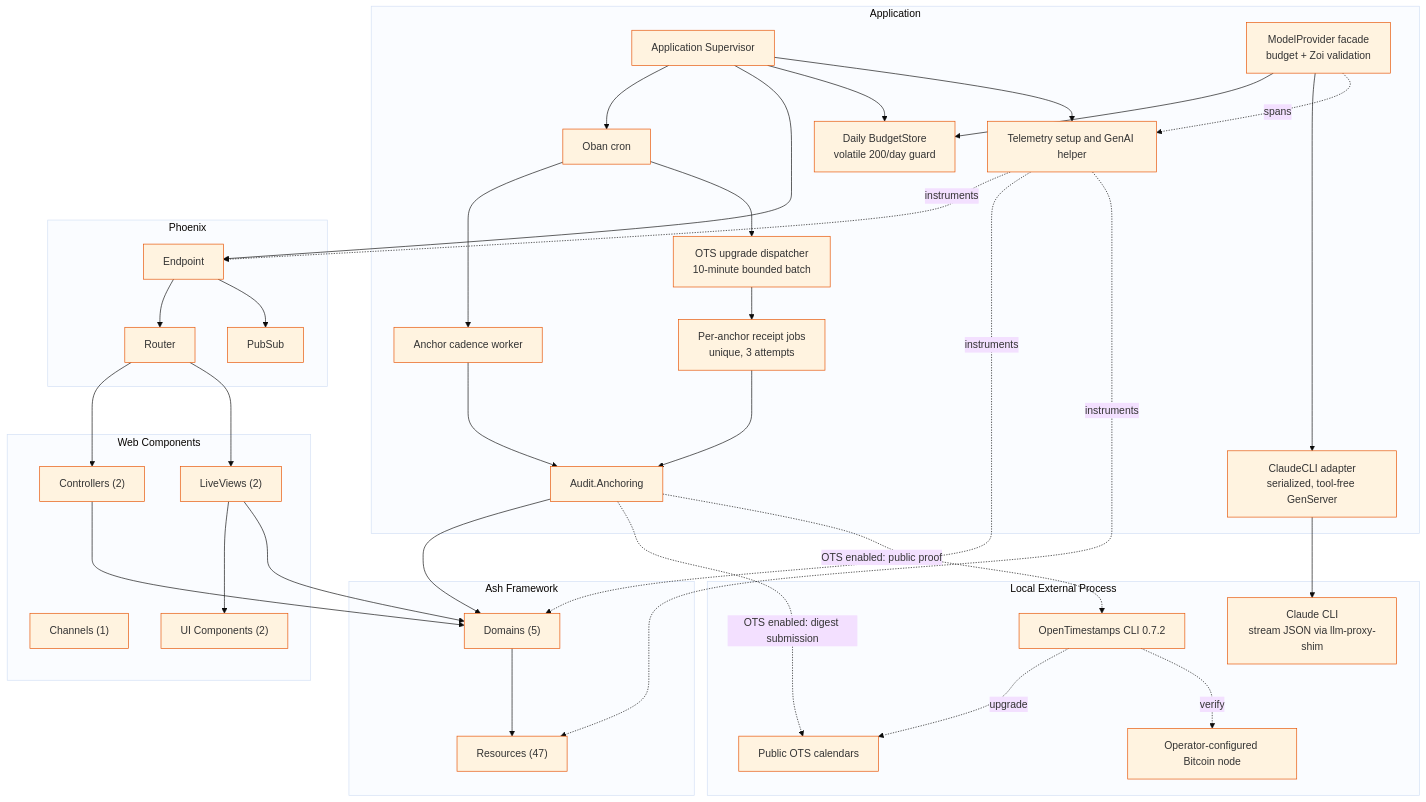
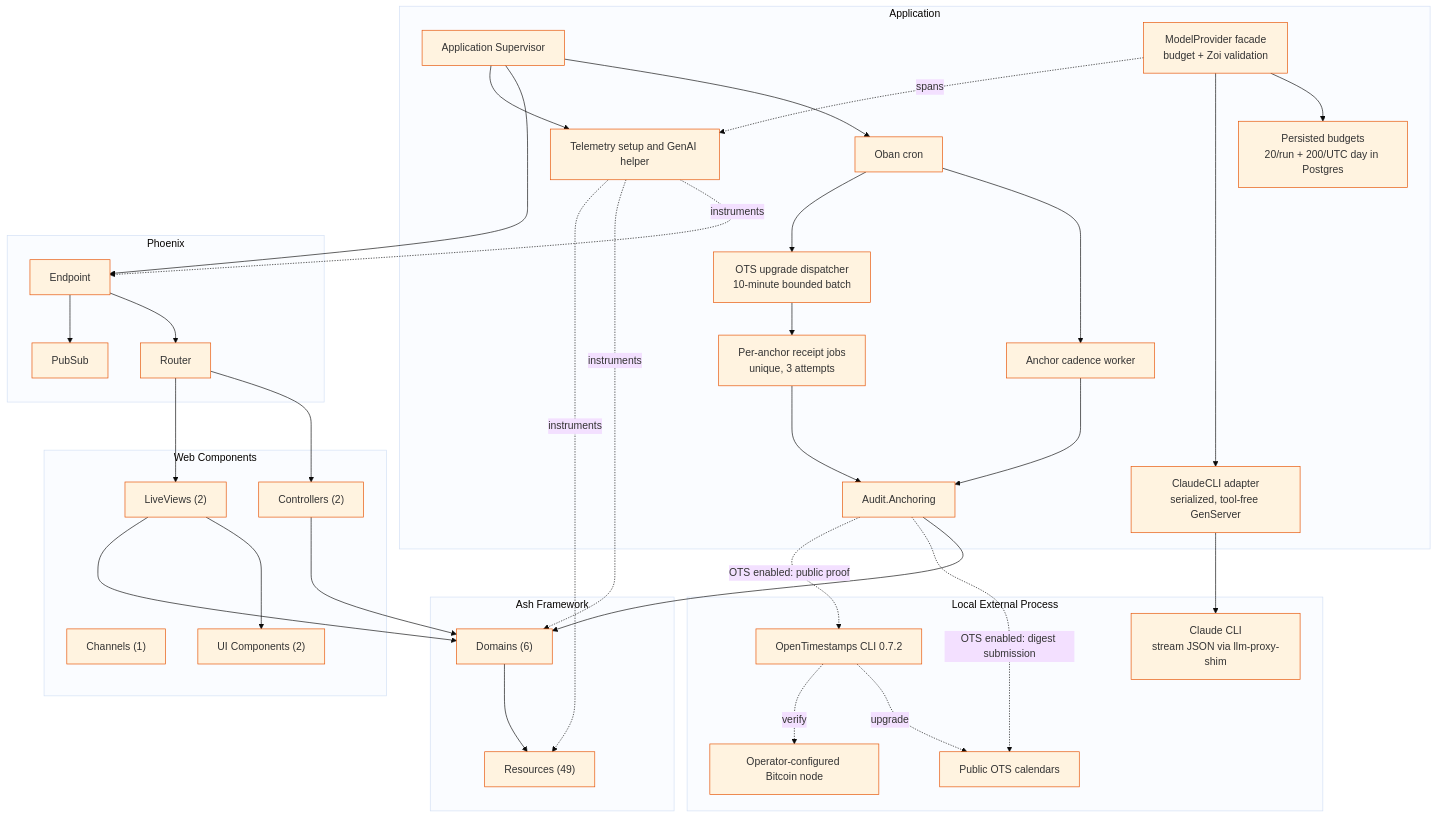
One commit to chops/sdr_agent changed the diagram in docs/architecture/components.mmd. Above: the diagram before and after it, drawn with Mermaid. The commit also changed 5 other files, not shown here.

Commit message:
S7a: architecture diagrams — Operations domain, persisted budgets

```diff
--- a/docs/architecture/components.mmd
+++ b/docs/architecture/components.mmd
@@ -1,69 +1,68 @@
 %%{init: {'theme': 'base', 'themeVariables': { 'primaryColor': '#fff3e0', 'primaryBorderColor': '#e65100'}}}%%
 graph TB
     subgraph Application["Application"]
         App[Application Supervisor]
-        Budget[Daily BudgetStore<br/>volatile 200/day guard]
+        Budget[Persisted budgets<br/>20/run + 200/UTC day in Postgres]
         ModelProvider[ModelProvider facade<br/>budget + Zoi validation]
         ClaudeCLIAdapter[ClaudeCLI adapter<br/>serialized, tool-free GenServer]
         Telemetry[Telemetry setup and GenAI helper]
         Oban[Oban cron]
         Cadence[Anchor cadence worker]
         UpgradeDispatch[OTS upgrade dispatcher<br/>10-minute bounded batch]
         UpgradeJobs[Per-anchor receipt jobs<br/>unique, 3 attempts]
         Anchoring[Audit.Anchoring]
     end
 
     subgraph Phoenix["Phoenix"]
         Endpoint[Endpoint]
         Router[Router]
         PubSub[PubSub]
     end
 
     subgraph Web["Web Components"]
         Controllers["Controllers (2)"]
         LiveViews["LiveViews (2)"]
         Channels["Channels (1)"]
         UIComponents["UI Components (2)"]
     end
 
     subgraph Ash["Ash Framework"]
-        Domains["Domains (5)"]
-        Resources["Resources (47)"]
+        Domains["Domains (6)"]
+        Resources["Resources (49)"]
     end
 
     subgraph External["Local External Process"]
         Claude[Claude CLI<br/>stream JSON via llm-proxy-shim]
         OTSCLI[OpenTimestamps CLI 0.7.2]
         OTSCalendars[Public OTS calendars]
         Bitcoin[Operator-configured Bitcoin node]
     end
 
     App --> Oban
     Oban --> Cadence
     Oban --> UpgradeDispatch
     UpgradeDispatch --> UpgradeJobs
     Cadence --> Anchoring
     UpgradeJobs --> Anchoring
     Anchoring --> Domains
     Anchoring -. OTS enabled: digest submission .-> OTSCalendars
     Anchoring -. OTS enabled: public proof .-> OTSCLI
     OTSCLI -. upgrade .-> OTSCalendars
     OTSCLI -. verify .-> Bitcoin
     App --> Endpoint
-    App --> Budget
     App --> Telemetry
     ModelProvider --> Budget
     ModelProvider --> ClaudeCLIAdapter
     ModelProvider -. spans .-> Telemetry
     ClaudeCLIAdapter --> Claude
     Endpoint --> Router
     Endpoint --> PubSub
     Router --> Controllers
     Router --> LiveViews
     LiveViews --> UIComponents
     Controllers --> Domains
     LiveViews --> Domains
     Domains --> Resources
     Telemetry -. instruments .-> Endpoint
     Telemetry -. instruments .-> Domains
     Telemetry -. instruments .-> Resources
```
